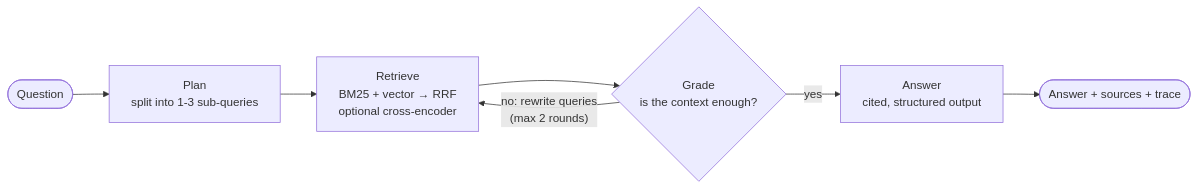
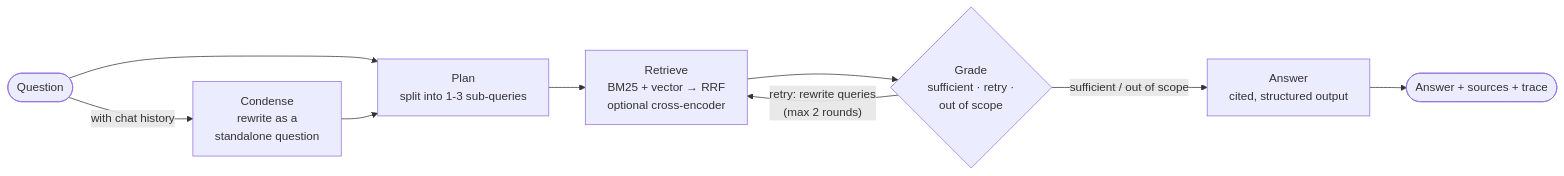
Before and after one commit to Yarthik/research-pilot: the first of 2 diagrams in README.md, drawn with Mermaid. The commit also changed other lines of this file and 26 other files, not shown here.

````diff
--- a/README.md
+++ b/README.md
@@ -22,9 +22,11 @@
 ```mermaid
 flowchart LR
-    Q([Question]) --> P[Plan<br/>split into 1-3 sub-queries]
+    Q([Question]) -- "with chat history" --> C[Condense<br/>rewrite as a<br/>standalone question]
+    Q --> P
+    C --> P[Plan<br/>split into 1-3 sub-queries]
     P --> R[Retrieve<br/>BM25 + vector → RRF<br/>optional cross-encoder]
-    R --> G{Grade<br/>is the context enough?}
-    G -- "no: rewrite queries<br/>(max 2 rounds)" --> R
-    G -- yes --> A[Answer<br/>cited, structured output]
+    R --> G{Grade<br/>sufficient · retry ·<br/>out of scope}
+    G -- "retry: rewrite queries<br/>(max 2 rounds)" --> R
+    G -- "sufficient / out of scope" --> A[Answer<br/>cited, structured output]
     A --> O([Answer + sources + trace])
 ```
````
